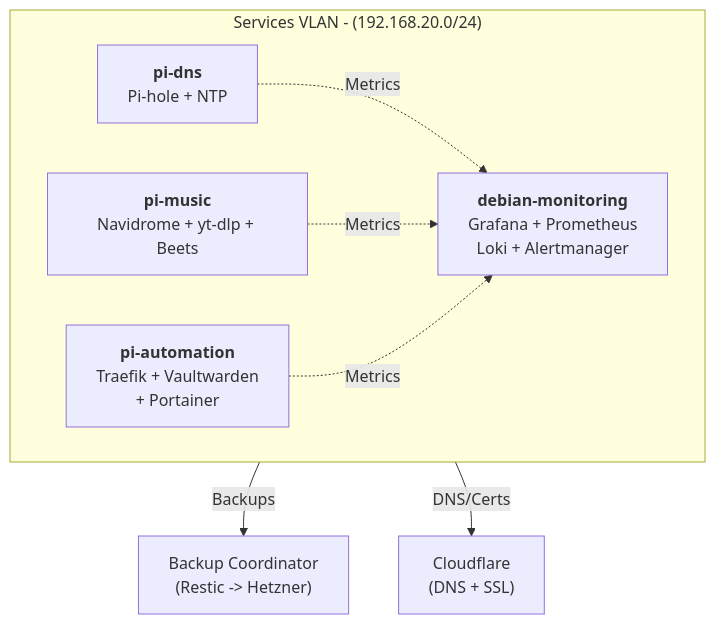
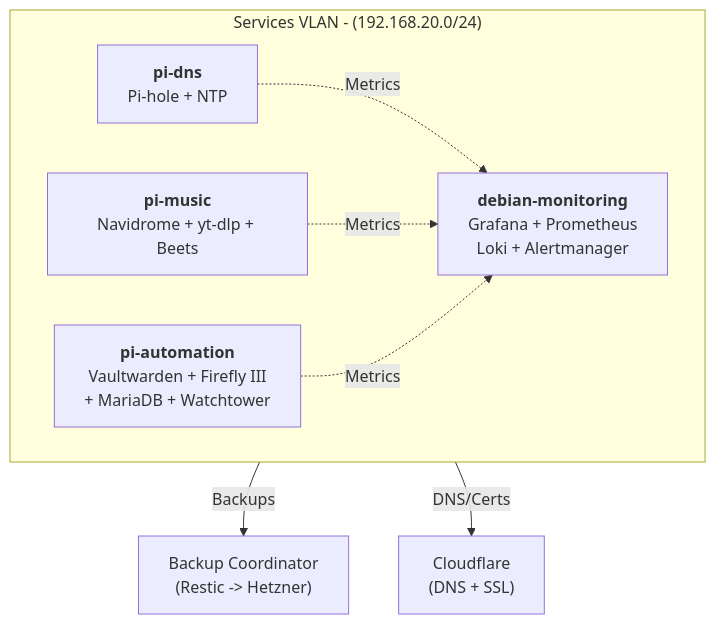
One commit to straightchlorine/cloud changed the diagram in README.md. Above: the diagram before and after it, drawn with Mermaid. The commit also changed other lines of this file and 62 other files, not shown here.

````diff
--- a/README.md
+++ b/README.md
@@ -13,18 +13,18 @@
 ```mermaid
 graph TB
     subgraph VLAN["Services VLAN - (192.168.20.0/24)"]
         direction LR
         dns["<b>pi-dns</b><br/>Pi-hole + NTP"]
         music["<b>pi-music</b><br/>Navidrome + yt-dlp + Beets"]
-        automation["<b>pi-automation</b><br/>Traefik + Vaultwarden<br/> + Portainer"]
+        automation["<b>pi-automation</b><br/>Vaultwarden + Firefly III<br/> + MariaDB + Watchtower"]
         monitoring["<b>debian-monitoring</b><br/>Grafana + Prometheus<br/>Loki + Alertmanager"]
     end
     backup["Backup Coordinator<br/>(Restic -> Hetzner)"]
     cloudflare["Cloudflare<br/>(DNS + SSL)"]
 
     VLAN -->|Backups| backup
     VLAN -->|DNS/Certs| cloudflare
     dns -.->|Metrics| monitoring
     music -.->|Metrics| monitoring
     automation -.->|Metrics| monitoring
 ```
````
